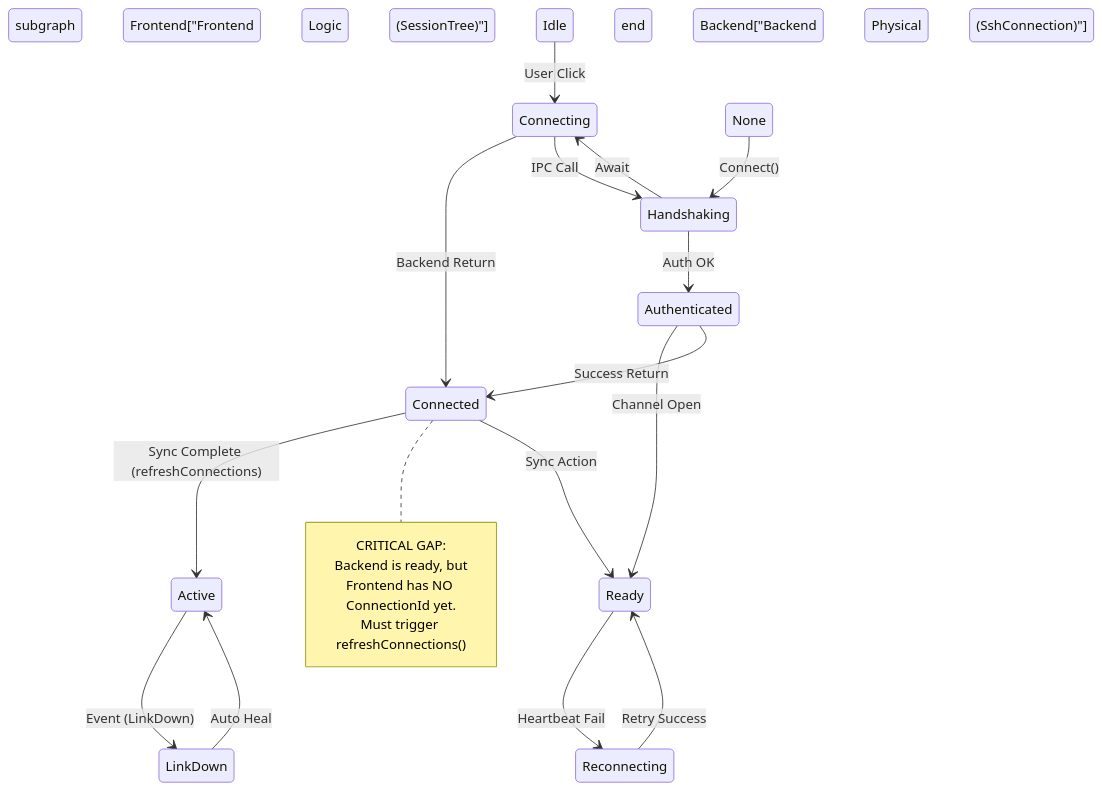
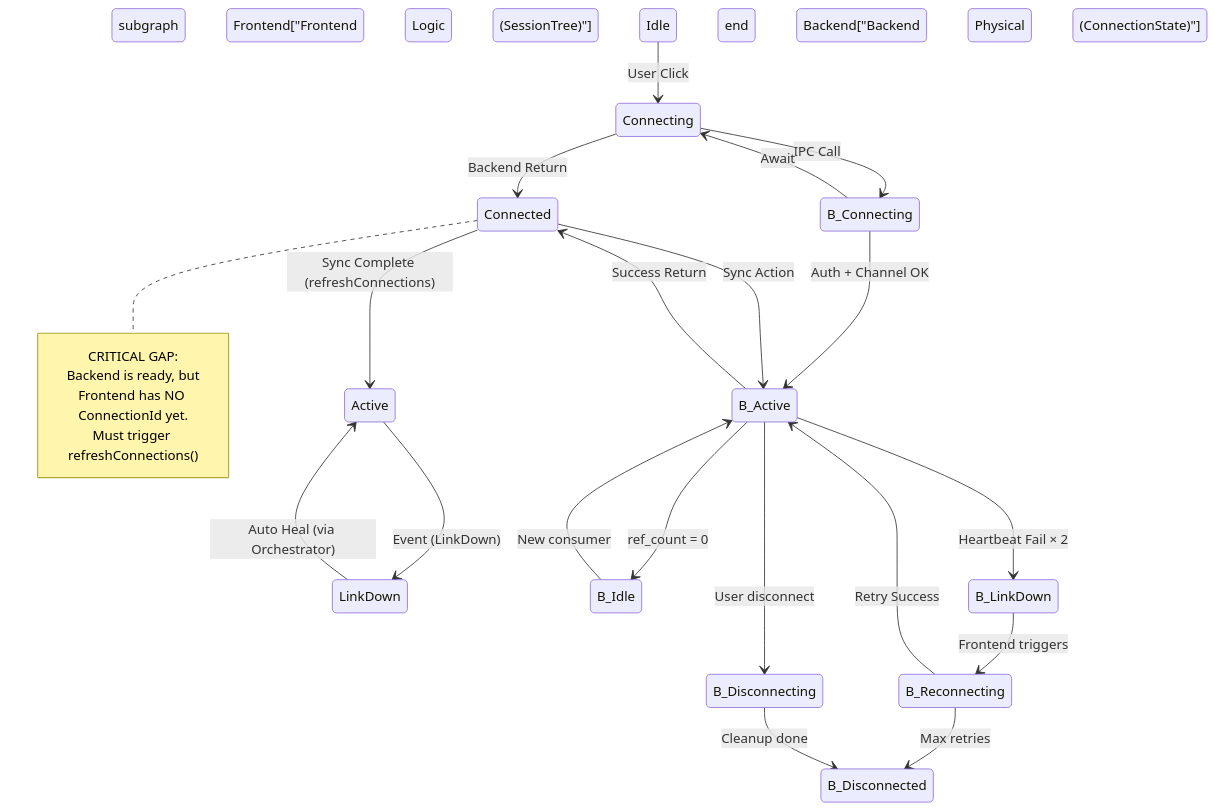
Before and after one commit to AnalyseDeCircuit/OxideTerm: diagram 12 of 19 in docs/ARCHITECTURE.md, drawn with Mermaid. The commit also changed other lines of this file and 3 other files, not shown here.

````diff
--- a/docs/ARCHITECTURE.md
+++ b/docs/ARCHITECTURE.md
@@ -1410,31 +1448,35 @@
 ```mermaid
 stateDiagram-v2
     subgraph Frontend["Frontend Logic (SessionTree)"]
         Idle --> Connecting: User Click
         Connecting --> Connected: Backend Return
         Connected --> Active: Sync Complete (refreshConnections)
         Active --> LinkDown: Event (LinkDown)
-        LinkDown --> Active: Auto Heal
+        LinkDown --> Active: Auto Heal (via Orchestrator)
     end
 
-    subgraph Backend["Backend Physical (SshConnection)"]
-        None --> Handshaking: Connect()
-        Handshaking --> Authenticated: Auth OK
-        Authenticated --> Ready: Channel Open
-        Ready --> Reconnecting: Heartbeat Fail
-        Reconnecting --> Ready: Retry Success
+    subgraph Backend["Backend Physical (ConnectionState)"]
+        B_Connecting --> B_Active: Auth + Channel OK
+        B_Active --> B_Idle: ref_count = 0
+        B_Idle --> B_Active: New consumer
+        B_Active --> B_LinkDown: Heartbeat Fail × 2
+        B_LinkDown --> B_Reconnecting: Frontend triggers
+        B_Reconnecting --> B_Active: Retry Success
+        B_Reconnecting --> B_Disconnected: Max retries
+        B_Active --> B_Disconnecting: User disconnect
+        B_Disconnecting --> B_Disconnected: Cleanup done
     end
 
-    Connecting --> Handshaking: IPC Call
-    Handshaking --> Connecting: Await
-    Authenticated --> Connected: Success Return
-    
+    Connecting --> B_Connecting: IPC Call
+    B_Connecting --> Connecting: Await
+    B_Active --> Connected: Success Return
+
     note right of Connected
         CRITICAL GAP:
         Backend is ready, but
         Frontend has NO ConnectionId yet.
         Must trigger refreshConnections()
     end note
-    
-    Connected --> Ready: Sync Action
+
+    Connected --> B_Active: Sync Action
 ```
````
